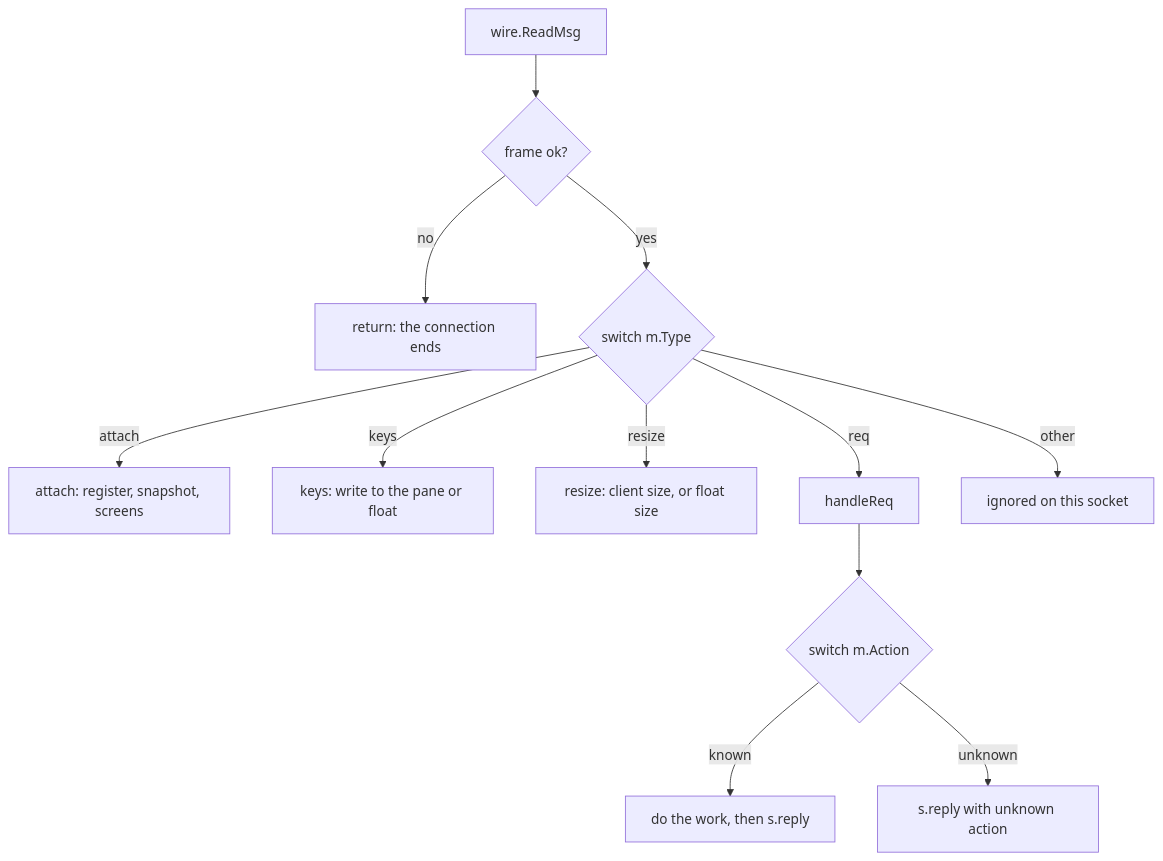
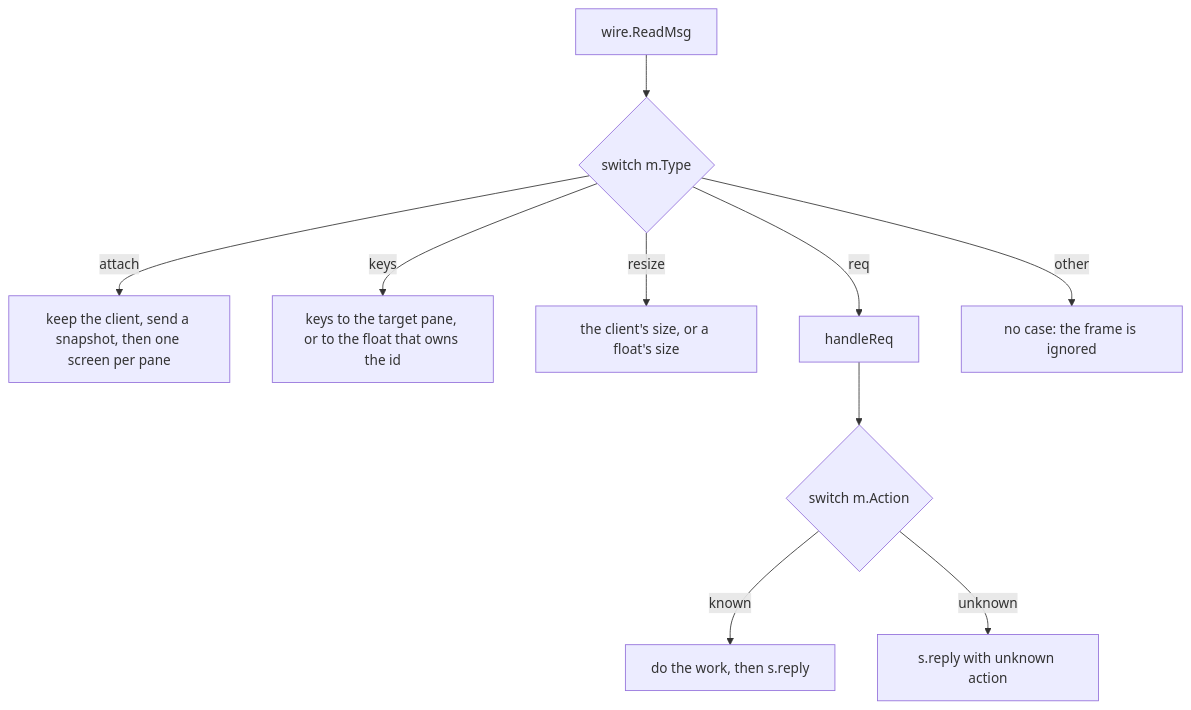
Before and after one commit to ladydascalie/dm: the second of 2 diagrams in docs/internals/03-protocol.md, drawn with Mermaid. The commit also changed other lines of this file and 13 other files, not shown here.

````diff
--- a/docs/internals/03-protocol.md
+++ b/docs/internals/03-protocol.md
@@ -140,14 +173,12 @@
 ```mermaid
 flowchart TD
-    A["wire.ReadMsg"] --> B{"frame ok?"}
-    B -- no --> C["return: the connection ends"]
-    B -- yes --> D{"switch m.Type"}
-    D -- attach --> E["attach: register, snapshot, screens"]
-    D -- keys --> F["keys: write to the pane or float"]
-    D -- resize --> G["resize: client size, or float size"]
+    A["wire.ReadMsg"] --> D{"switch m.Type"}
+    D -- attach --> E["keep the client, send a snapshot, then one screen per pane"]
+    D -- keys --> F["keys to the target pane, or to the float that owns the id"]
+    D -- resize --> G["the client's size, or a float's size"]
     D -- req --> H["handleReq"]
-    D -- other --> I["ignored on this socket"]
+    D -- other --> I["no case: the frame is ignored"]
     H --> J{"switch m.Action"}
     J -- known --> K["do the work, then s.reply"]
     J -- unknown --> L["s.reply with unknown action"]
 ```
````
